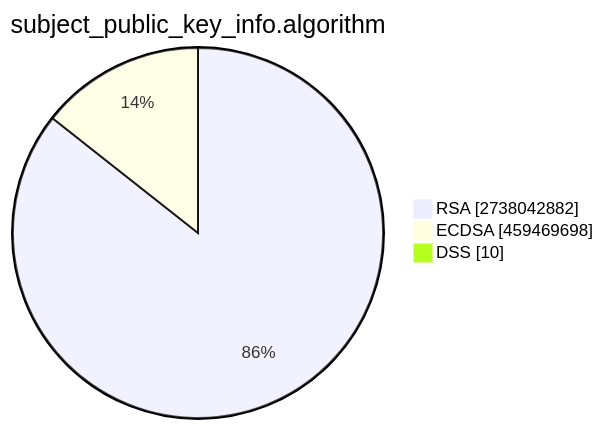
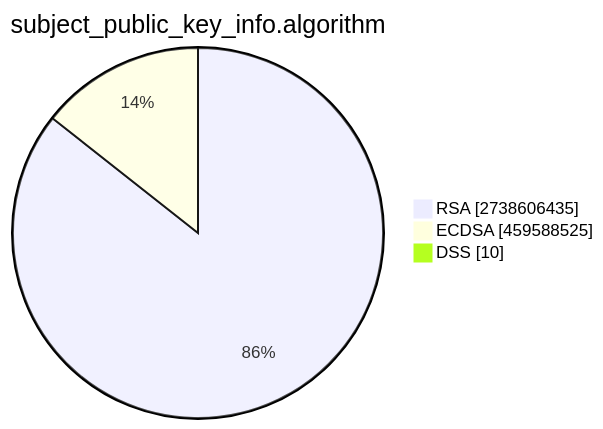
Before and after one commit to christiankrug/ctmonitor_visualization: the second of 15 diagrams in TOTAL/README.md, drawn with Mermaid. The commit also changed other lines of this file, not shown here.

````diff
--- a/TOTAL/README.md
+++ b/TOTAL/README.md
@@ -6,7 +6,7 @@
 ```mermaid
 pie showData
 title subject_public_key_info.algorithm
-"RSA" :2738042882
-"ECDSA" :459469698
+"RSA" :2738606435
+"ECDSA" :459588525
 "DSS" :10
 ```
````
